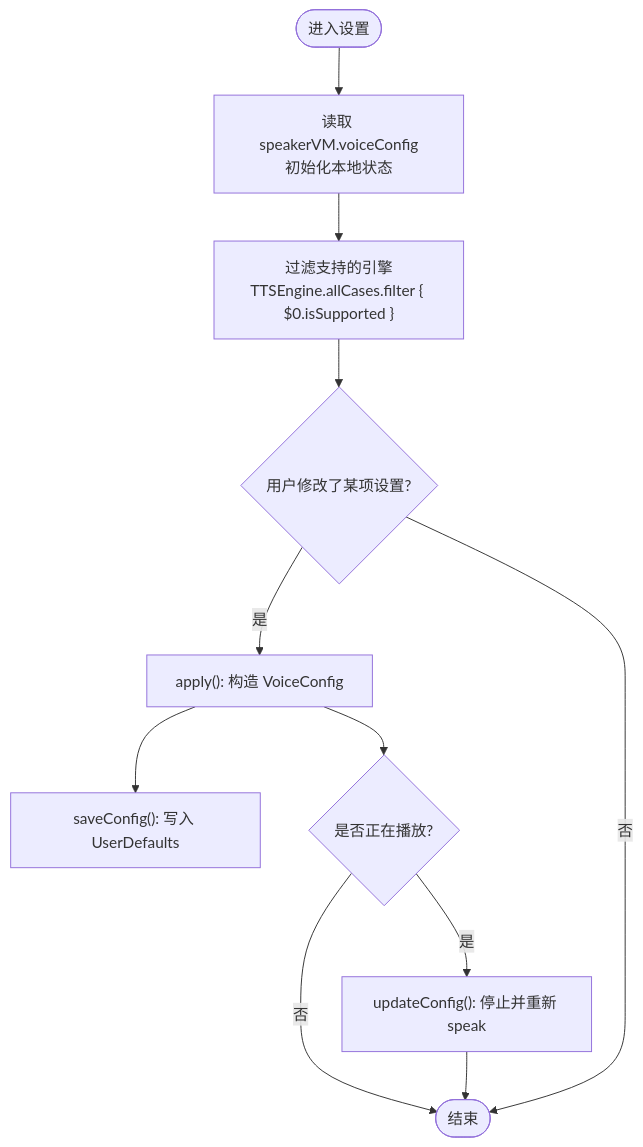
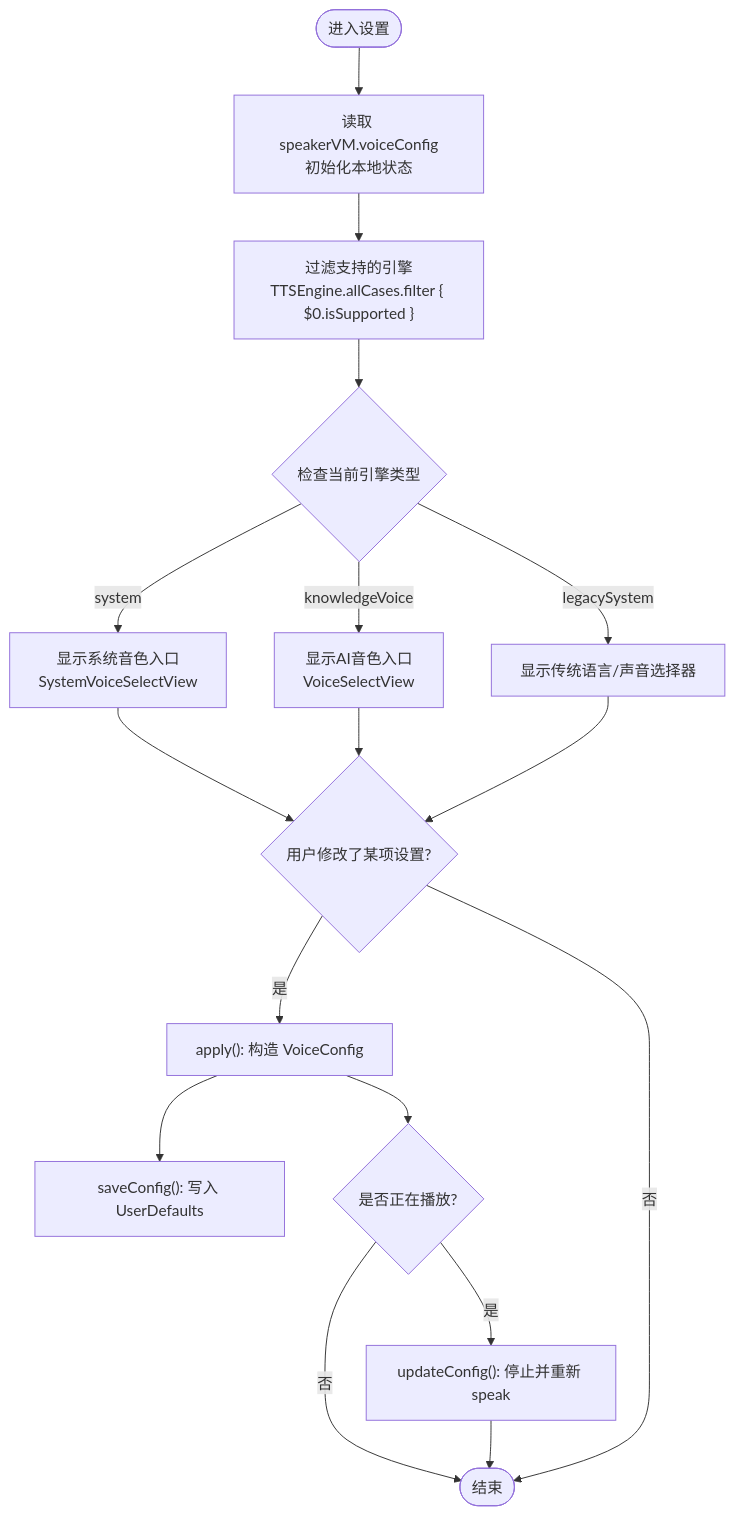
Before and after one commit to Primoguo/Knowledge: the third of 9 diagrams in .qoder/repowiki/zh/content/用户界面设计/设置界面/设置界面.md, drawn with Mermaid. The commit also changed other lines of this file and 52 other files, not shown here.

````diff
--- a/.qoder/repowiki/zh/content/用户界面设计/设置界面/设置界面.md
+++ b/.qoder/repowiki/zh/content/用户界面设计/设置界面/设置界面.md
@@ -166,13 +192,19 @@
 ```mermaid
 flowchart TD
 Start(["进入设置"]) --> Init["读取 speakerVM.voiceConfig<br/>初始化本地状态"]
 Init --> Filter["过滤支持的引擎<br/>TTSEngine.allCases.filter { $0.isSupported }"]
-Filter --> UserChange{"用户修改了某项设置?"}
+Filter --> EngineCheck{"检查当前引擎类型"}
+EngineCheck --> |system| ShowSystemVoice["显示系统音色入口<br/>SystemVoiceSelectView"]
+EngineCheck --> |knowledgeVoice| ShowAIVoice["显示AI音色入口<br/>VoiceSelectView"]
+EngineCheck --> |legacySystem| ShowLegacyPicker["显示传统语言/声音选择器"]
+ShowSystemVoice --> UserChange{"用户修改了某项设置?"}
+ShowAIVoice --> UserChange
+ShowLegacyPicker --> UserChange
 UserChange --> |是| Apply["apply(): 构造 VoiceConfig"]
 Apply --> Persist["saveConfig(): 写入 UserDefaults"]
 Apply --> Playing{"是否正在播放?"}
 Playing --> |是| Update["updateConfig(): 停止并重新 speak"]
 Playing --> |否| End(["结束"])
 Update --> End
 UserChange --> |否| End
 ```
````
